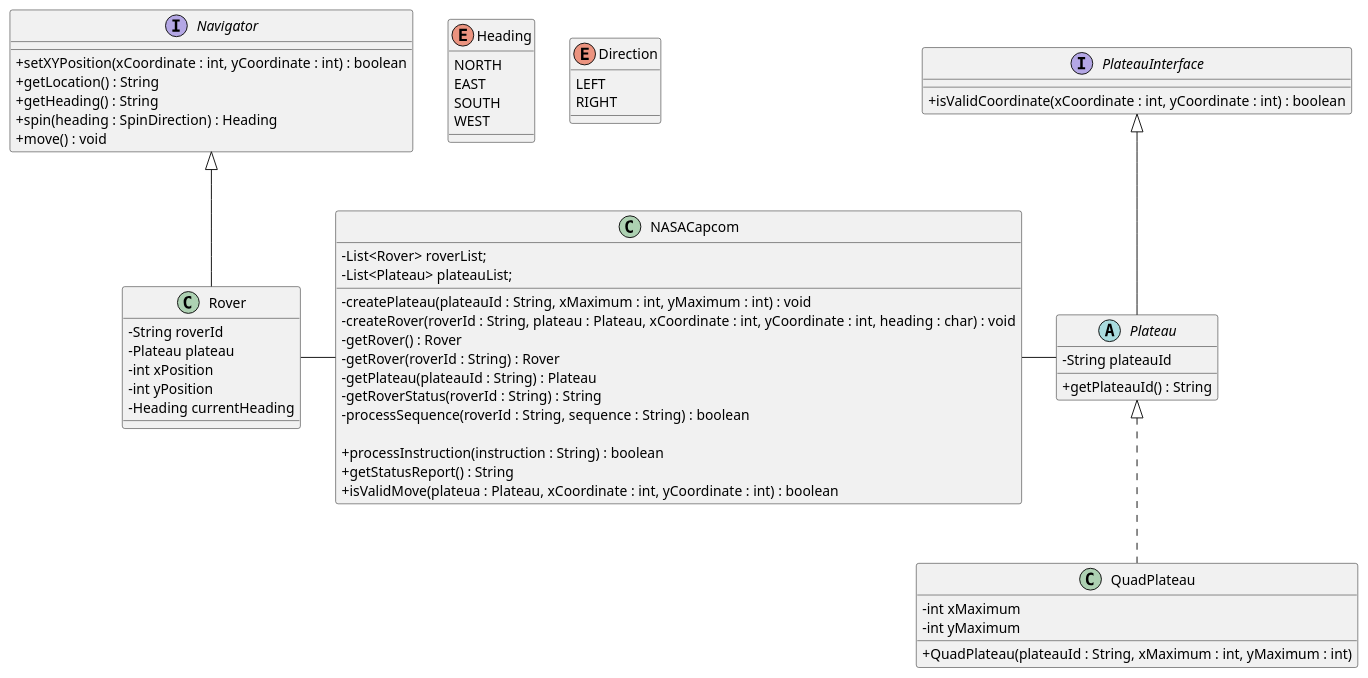
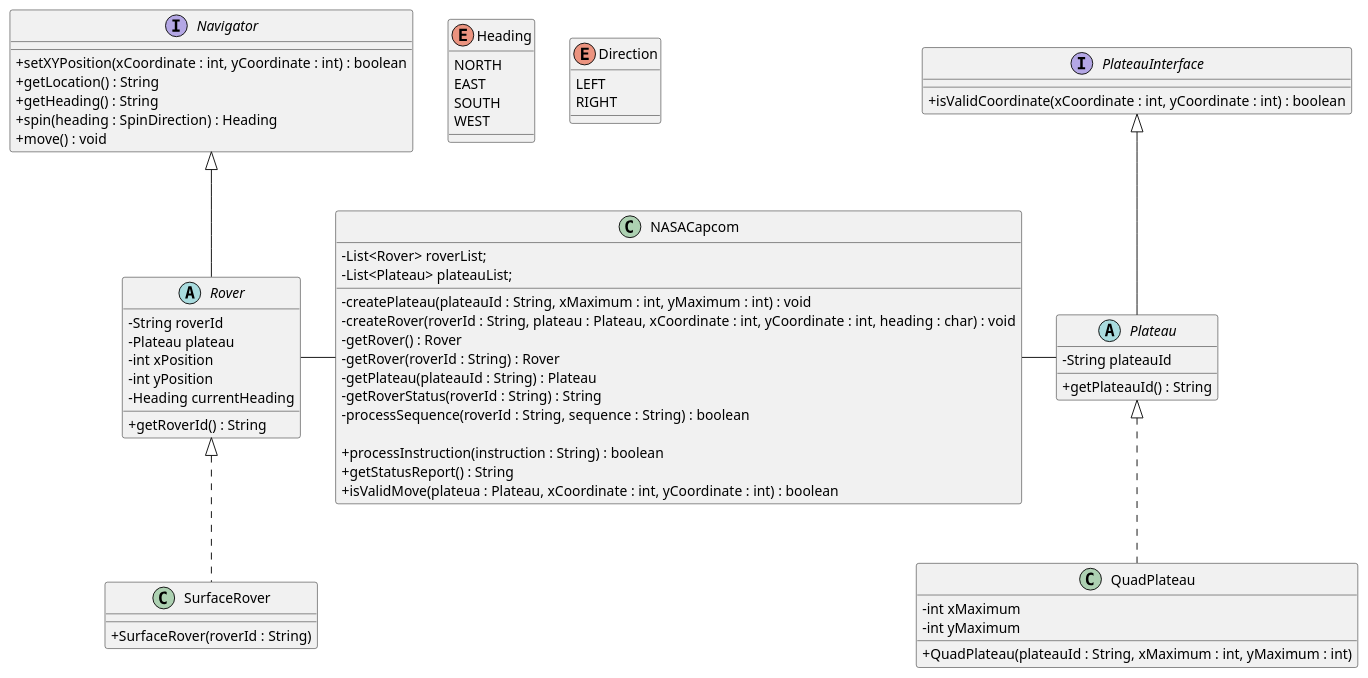
Before and after one commit to probert999/mars-rover: the diagram in uml/MarsRoverClassDiagram.puml, drawn with PlantUML. The commit also changed 7 other files, not shown here.

Commit message:
Updated UML. Rover class now abstract.  Initial skeleton and first test for SurfaceRover.

```diff
--- a/uml/MarsRoverClassDiagram.puml
+++ b/uml/MarsRoverClassDiagram.puml
@@ -1,75 +1,81 @@
 @startuml
 skinparam classAttributeIconSize 0
 
 interface Navigator {
     + setXYPosition(xCoordinate : int, yCoordinate : int) : boolean
     + getLocation() : String
     + getHeading() : String
     + spin(heading : SpinDirection) : Heading
     + move() : void
 }
 
-class Rover extends Navigator  {
+abstract class Rover extends Navigator  {
   - String roverId
   - Plateau plateau
   - int xPosition
   - int yPosition
   - Heading currentHeading
+
+  + getRoverId() : String
+}
+
+class SurfaceRover implements Rover  {
+    + SurfaceRover(roverId : String)
 }
 
 interface PlateauInterface  {
    + isValidCoordinate(xCoordinate : int, yCoordinate : int) : boolean
 }
 
 abstract class Plateau extends PlateauInterface {
   - String plateauId
   + getPlateauId() : String
 }
 
 class QuadPlateau implements Plateau {
   - int xMaximum
   - int yMaximum
 
    + QuadPlateau(plateauId : String, xMaximum : int, yMaximum : int)
 
 }
 
 
 enum Heading
 {
 NORTH
 EAST
 SOUTH
 WEST
 }
 
 enum Direction
 {
 LEFT
 RIGHT
 }
 
 class NASACapcom {
   - List<Rover> roverList;
   - List<Plateau> plateauList;
 
   - createPlateau(plateauId : String, xMaximum : int, yMaximum : int) : void
   - createRover(roverId : String, plateau : Plateau, xCoordinate : int, yCoordinate : int, heading : char) : void
   - getRover() : Rover
   - getRover(roverId : String) : Rover
   - getPlateau(plateauId : String) : Plateau
   - getRoverStatus(roverId : String) : String
   - processSequence(roverId : String, sequence : String) : boolean
 
   + processInstruction(instruction : String) : boolean
   + getStatusReport() : String
   + isValidMove(plateua : Plateau, xCoordinate : int, yCoordinate : int) : boolean
 }
 
 NASACapcom - Plateau
 Rover - NASACapcom
 
 
 Heading -[hidden] Navigator
 Heading -[hidden] Direction
 @enduml
```
